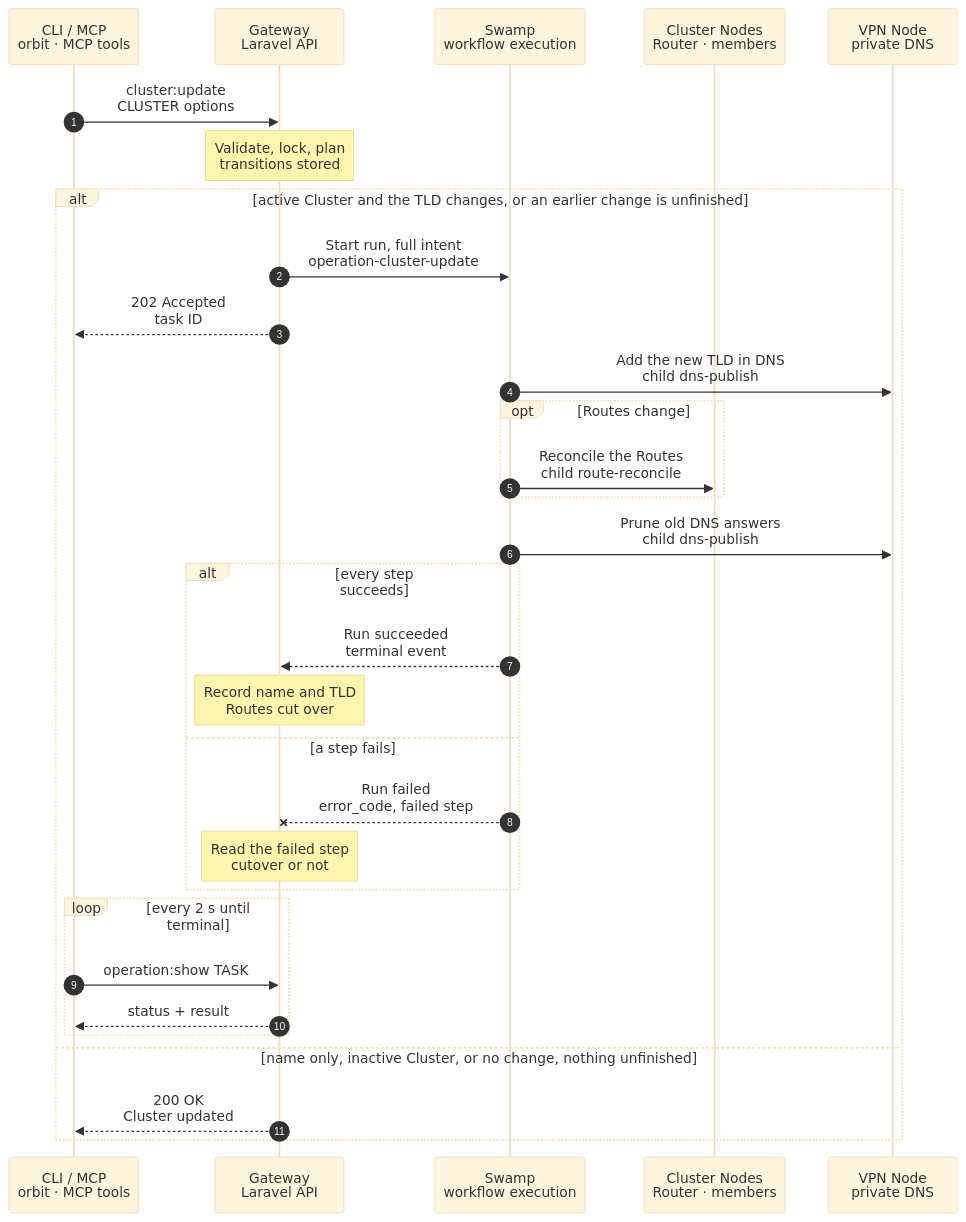
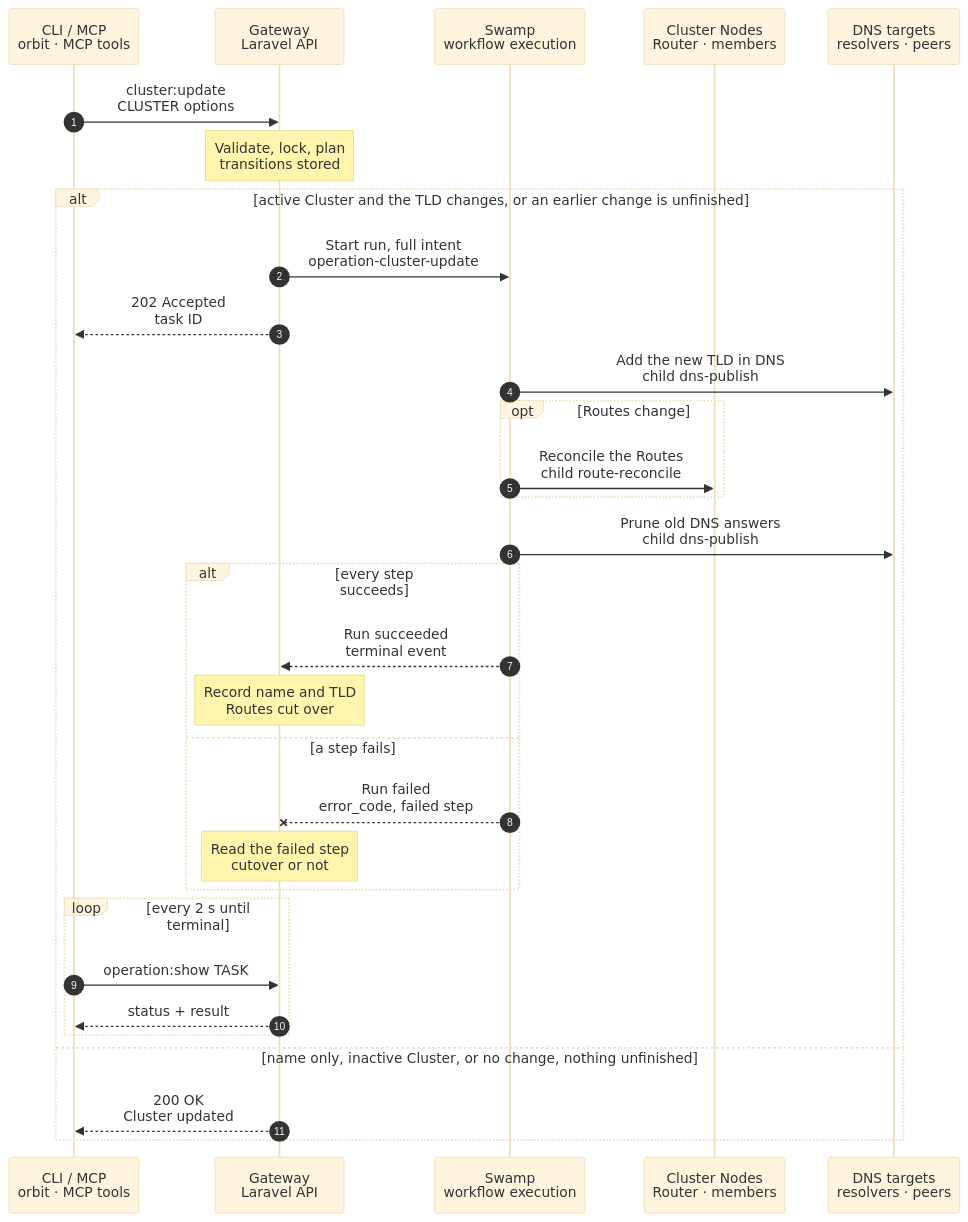
Before and after one commit to hardimpactdev/orbit: the diagram in docs/cli/cluster/update.mmd, drawn with Mermaid (base theme). The commit also changed 13 other files, not shown here.

Commit message:
docs(dns): design Cluster router resolvers before VPN cutover

```diff
--- a/docs/cli/cluster/update.mmd
+++ b/docs/cli/cluster/update.mmd
@@ -1,66 +1,70 @@
 sequenceDiagram
   %% Target design: ADR 0244 task, one Swamp run with the shared route reconcile child (route.reconcile). docs/reference/routes.md#change-a-tld-cluster-state-or-cluster-membership.
-  %% status: reviewed
+  %% status: draft
   %% command: cluster:update
   %% kind: cluster.update
   autonumber
   %% lane CLI icon=terminal pill=caller tone=gray
   %% lane GW icon=gateway pill=intent tone=blue
   %% lane SW icon=workflow pill=executes tone=green
   %% lane N icon=server pill=target tone=amber
   %% lane V icon=server pill=target tone=purple
   participant CLI as CLI / MCP<br/>orbit · MCP tools
   participant GW as Gateway<br/>Laravel API
   participant SW as Swamp<br/>workflow execution
   participant N as Cluster Nodes<br/>Router · members
-  participant V as VPN Node<br/>private DNS
+  participant V as DNS targets<br/>resolvers · peers
   CLI->>GW: cluster:update<br/>CLUSTER options
   Note over GW: Validate, lock, plan<br/>transitions stored
   %%> Requirements:
   %%> - the calling Node has an access grant to a member Node, or to the Gateway Node when the Cluster has none
   %%> - at least one of `--name` and `--tld` (`cluster.update_required`); the name and TLD are valid and free
   %%> - a new TLD on an active Cluster needs one active Router (`cluster.router_required`) and no non-member Node that owns it (`cluster.tld_conflict`), and keeps the private names within the DNS policy limit (`vpn.peer_dns_policy_invalid`)
   %%> - every affected Route keeps a valid domain, scope and target, and a generated Route keeps an effective TLD; one refusal leaves every Route in place; an active public Route that the change would move is refused (`route.reconciliation_required`)
   %%> - no other Cluster change runs; the Gateway waits up to 30 seconds, then refuses with `cluster.router_busy`
   %%> Stored:
   %%> - the Cluster keeps its name and TLD; a pending replacement is stored for each domain change and the old placement for each scope change
   alt active Cluster and the TLD changes, or an earlier change is unfinished
     GW->>SW: Start run, full intent<br/>operation-cluster-update
     GW-->>CLI: 202 Accepted<br/>task ID
     SW->>V: Add the new TLD in DNS<br/>child dns-publish
+    %%> DNS lifecycle:
+    %%> - the shared publication checks the VPN and Cluster projections, moves affected LAN member policies, and holds old resolver cleanup until every member confirms (ADR 0248)
     %%> Why first:
     %%> - the new names must resolve before the child withdraws the old sites; the old TLD keeps answering
     %%> Managed peers:
-    %%> - they learn the new TLD from the peer DNS policy in a separate run, one peer at a time; until then a peer resolves the new name through its public resolver
+    %%> - affected LAN members receive the new domains inside this shared publication before cleanup; unrelated peers keep their normal reconcile path
     opt Routes change
       SW->>N: Reconcile the Routes<br/>child route-reconcile
       %%> What it does:
       %%> - moves every generated Route to the new TLD, or back to its Node TLD when the TLD is unset; the cutover is inside the child
     end
     SW->>V: Prune old DNS answers<br/>child dns-publish
+    %%> DNS lifecycle:
+    %%> - the shared publication checks the VPN and Cluster projections, moves affected LAN member policies, and holds old resolver cleanup until every member confirms (ADR 0248)
     %%> Why it always runs:
     %%> - it removes only what the stored state does not need, so after a failure before the cutover it removes the new TLD again
     alt every step succeeds
       SW-->>GW: Run succeeded<br/>terminal event
       Note over GW: Record name and TLD<br/>Routes cut over
     else a step fails
       SW--xGW: Run failed<br/>error_code, failed step
       Note over GW: Read the failed step<br/>cutover or not
       %%> Result before the cutover:
       %%> - the Cluster keeps its name and TLD and every Route keeps its domain and scope
       %%> Result after the cutover:
       %%> - the new name and TLD are in force; a rerun finishes the withdrawal and the prune
       %%> Retry:
       %%> - run the same command again; every step runs again and skips what already matches
     end
     loop every 2 s until terminal
       CLI->>GW: operation:show TASK
       GW-->>CLI: status + result
     end
   else name only, inactive Cluster, or no change, nothing unfinished
     GW-->>CLI: 200 OK<br/>Cluster updated
     %%> Result:
     %%> - the name and TLD are recorded at once; no Node is contacted and no traffic changes
     %%> Skipped:
     %%> - when the values already match and nothing is unfinished, the result reports `Skipped — nothing to change (cluster.update_unchanged)`
   end
```
